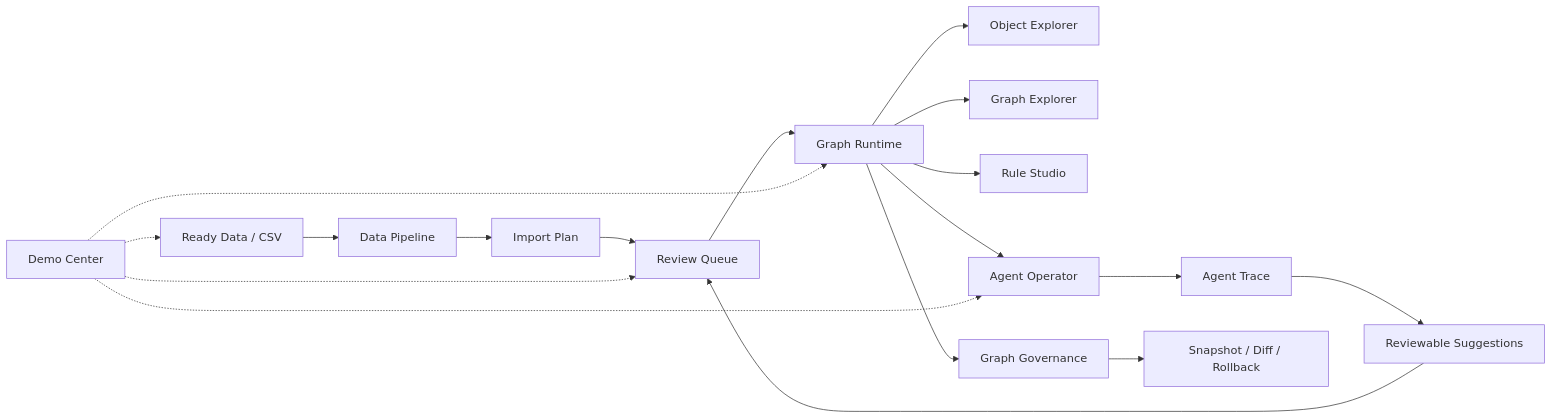
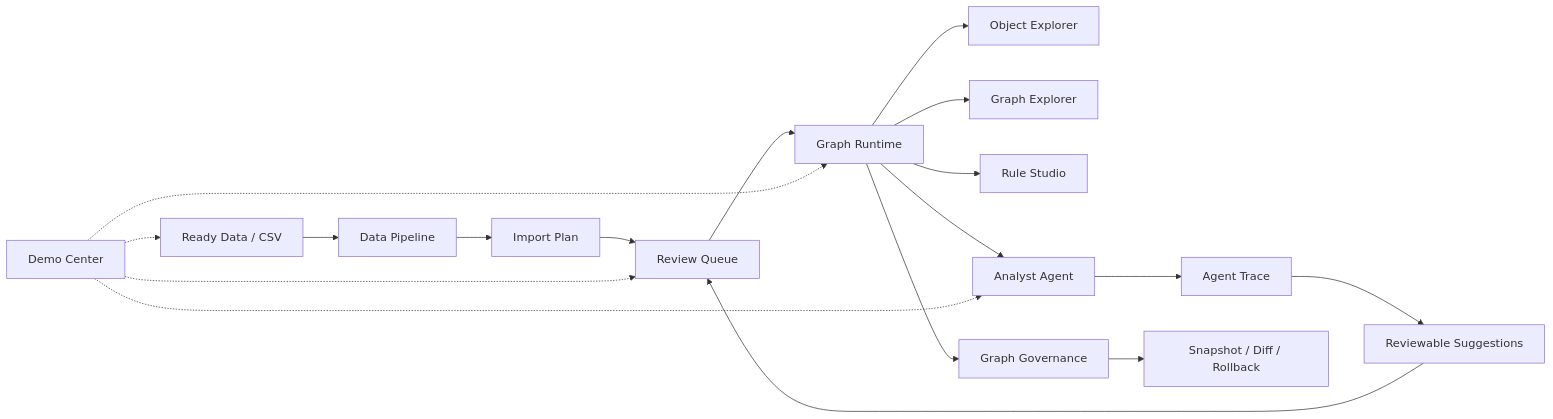
The diagram in README.md (wenhaoyu-bryan/Prompt-to-Ontology), drawn with Mermaid before and after one commit. The commit also changed other lines of this file, not shown here.

````diff
--- a/README.md
+++ b/README.md
@@ -19,20 +57,20 @@
 ```mermaid
 flowchart LR
     A[Ready Data / CSV] --> B[Data Pipeline]
     B --> C[Import Plan]
     C --> D[Review Queue]
     D --> E[Graph Runtime]
     E --> F[Object Explorer]
     E --> G[Graph Explorer]
     E --> H[Rule Studio]
-    E --> I[Agent Operator]
+    E --> I[Analyst Agent]
     I --> J[Agent Trace]
     J --> K[Reviewable Suggestions]
     K --> D
     E --> L[Graph Governance]
     L --> M[Snapshot / Diff / Rollback]
     N[Demo Center] -.-> A
     N -.-> E
     N -.-> I
     N -.-> D
 ```
````
